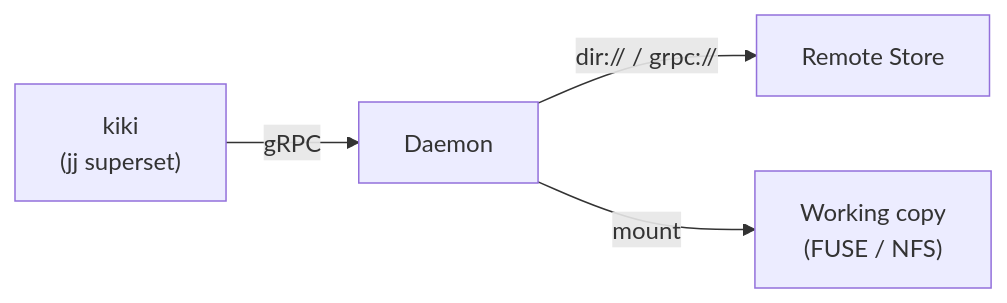
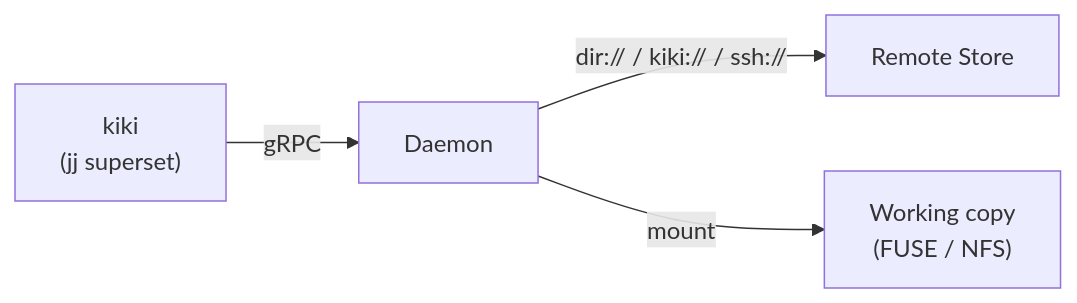
The diagram in docs/USER_GUIDE.md (ahimsalabs/kiki), drawn with Mermaid before and after one commit. The commit also changed other lines of this file and 19 other files, not shown here.

First line of the commit message:
feat: SSH remote transport, store crate, kiki:// scheme

````diff
--- a/docs/USER_GUIDE.md
+++ b/docs/USER_GUIDE.md
@@ -13,6 +13,6 @@
 ```mermaid
 graph LR
     CLI["kiki<br/>(jj superset)"] -- gRPC --> Daemon
-    Daemon -- "dir:// / grpc://" --> Remote["Remote Store"]
+    Daemon -- "dir:// / kiki:// / ssh://" --> Remote["Remote Store"]
     Daemon -- mount --> VFS["Working copy<br/>(FUSE / NFS)"]
 ```
````
